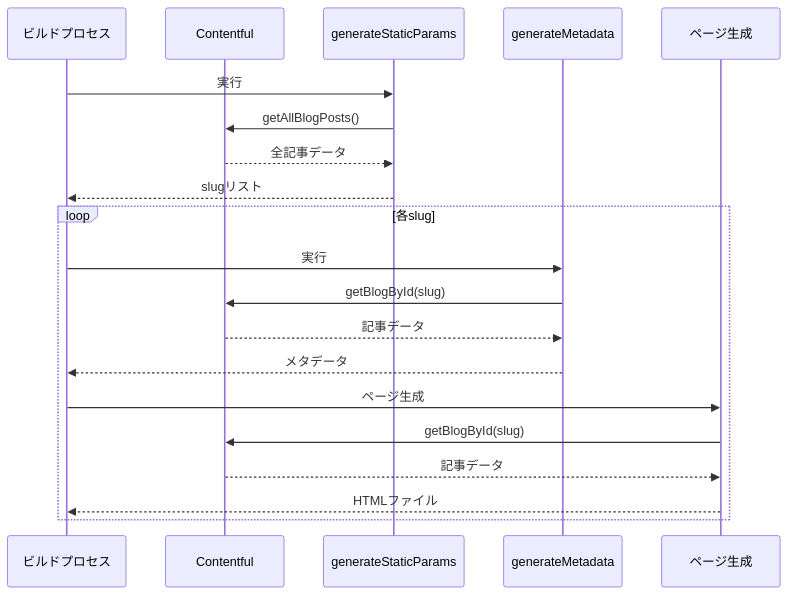
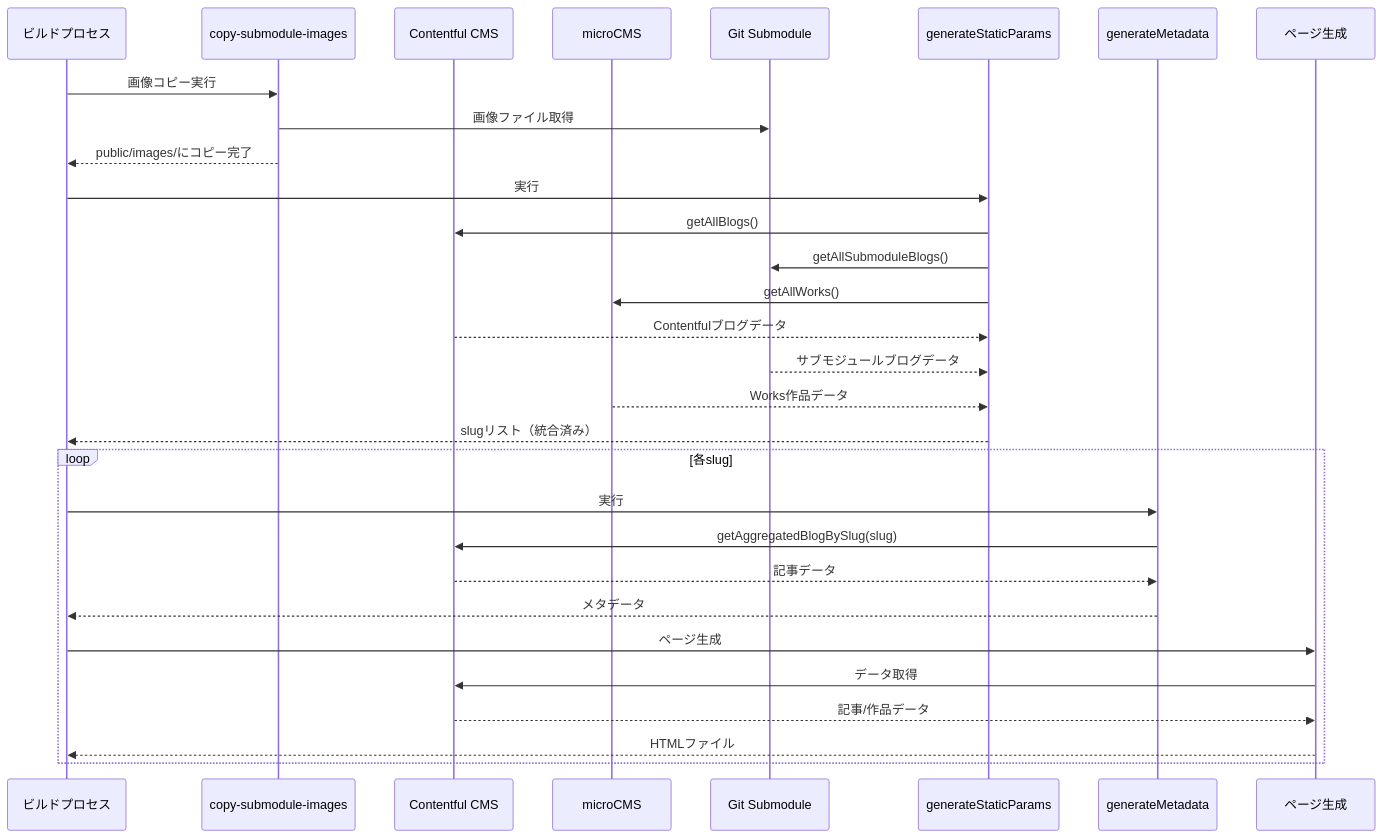
One commit to andmohiko/andmohiko.dev changed the second of 3 diagrams in spec.md. Above: the diagram before and after it, drawn with Mermaid. The commit also changed other lines of this file, not shown here.

````diff
--- a/spec.md
+++ b/spec.md
@@ -206,25 +296,36 @@
 ```mermaid
 sequenceDiagram
     participant Build as ビルドプロセス
-    participant CMS as Contentful
+    participant Script as copy-submodule-images
+    participant Contentful as Contentful CMS
+    participant MicroCMS as microCMS
+    participant Submodule as Git Submodule
     participant Gen as generateStaticParams
     participant Meta as generateMetadata
     participant Page as ページ生成
 
+    Build->>Script: 画像コピー実行
+    Script->>Submodule: 画像ファイル取得
+    Script-->>Build: public/images/にコピー完了
+
     Build->>Gen: 実行
-    Gen->>CMS: getAllBlogPosts()
-    CMS-->>Gen: 全記事データ
-    Gen-->>Build: slugリスト
+    Gen->>Contentful: getAllBlogs()
+    Gen->>Submodule: getAllSubmoduleBlogs()
+    Gen->>MicroCMS: getAllWorks()
+    Contentful-->>Gen: Contentfulブログデータ
+    Submodule-->>Gen: サブモジュールブログデータ
+    MicroCMS-->>Gen: Works作品データ
+    Gen-->>Build: slugリスト（統合済み）
 
     loop 各slug
         Build->>Meta: 実行
-        Meta->>CMS: getBlogById(slug)
-        CMS-->>Meta: 記事データ
+        Meta->>Contentful: getAggregatedBlogBySlug(slug)
+        Contentful-->>Meta: 記事データ
         Meta-->>Build: メタデータ
 
         Build->>Page: ページ生成
-        Page->>CMS: getBlogById(slug)
-        CMS-->>Page: 記事データ
+        Page->>Contentful: データ取得
+        Contentful-->>Page: 記事/作品データ
         Page-->>Build: HTMLファイル
     end
 ```
````
